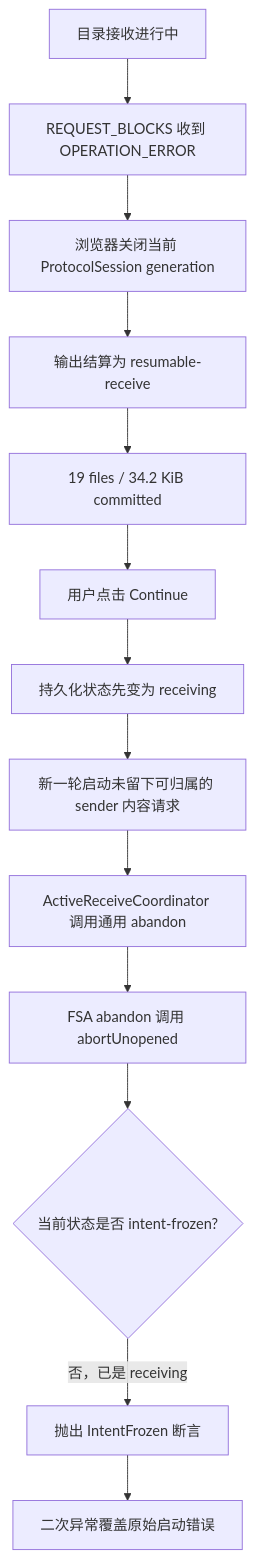
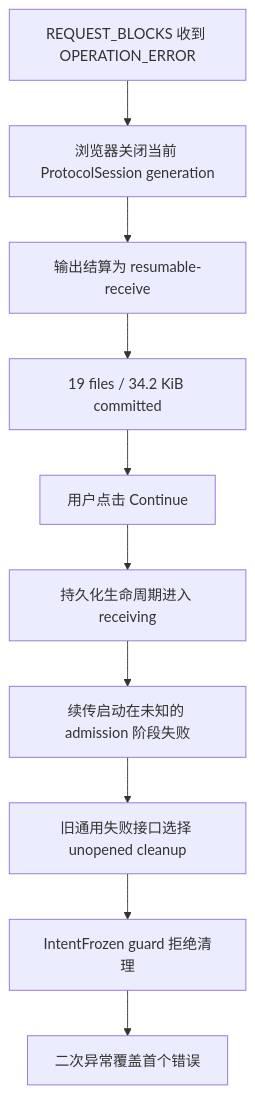
Before and after one commit to WindShare/windshare: the diagram in docs/browser-fsa-continue-incident.md, drawn with Mermaid. The commit also changed other lines of this file and 55 other files, not shown here.

````diff
--- a/docs/browser-fsa-continue-incident.md
+++ b/docs/browser-fsa-continue-incident.md
@@ -120,15 +69,12 @@
 ```mermaid
 flowchart TD
-    A[目录接收进行中] --> B[REQUEST_BLOCKS 收到 OPERATION_ERROR]
-    B --> C[浏览器关闭当前 ProtocolSession generation]
-    C --> D[输出结算为 resumable-receive]
-    D --> E[19 files / 34.2 KiB committed]
-    E --> F[用户点击 Continue]
-    F --> G[持久化状态先变为 receiving]
-    G --> H[新一轮启动未留下可归属的 sender 内容请求]
-    H --> I[ActiveReceiveCoordinator 调用通用 abandon]
-    I --> J[FSA abandon 调用 abortUnopened]
-    J --> K{当前状态是否 intent-frozen?}
-    K -- 否，已是 receiving --> L[抛出 IntentFrozen 断言]
-    L --> M[二次异常覆盖原始启动错误]
+    A[REQUEST_BLOCKS 收到 OPERATION_ERROR] --> B[浏览器关闭当前 ProtocolSession generation]
+    B --> C[输出结算为 resumable-receive]
+    C --> D[19 files / 34.2 KiB committed]
+    D --> E[用户点击 Continue]
+    E --> F[持久化生命周期进入 receiving]
+    F --> G[续传启动在未知的 admission 阶段失败]
+    G --> H[旧通用失败接口选择 unopened cleanup]
+    H --> I[IntentFrozen guard 拒绝清理]
+    I --> J[二次异常覆盖首个错误]
 ```
````
